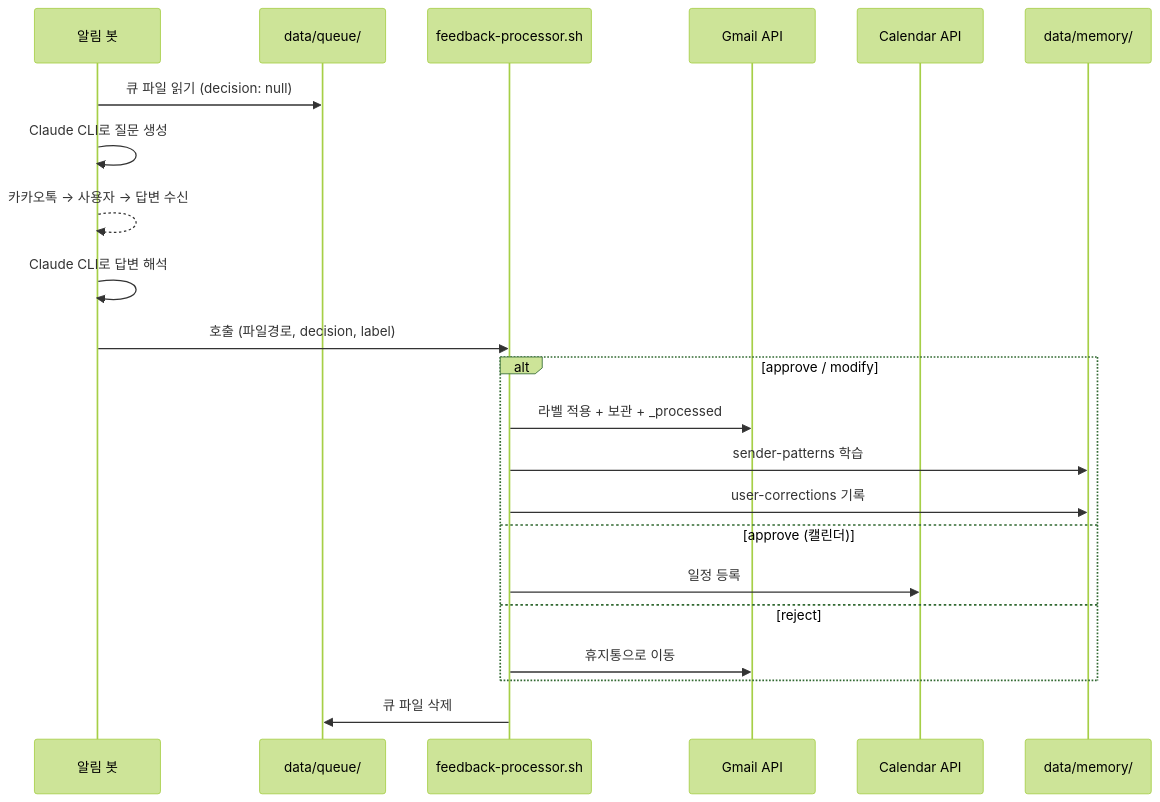
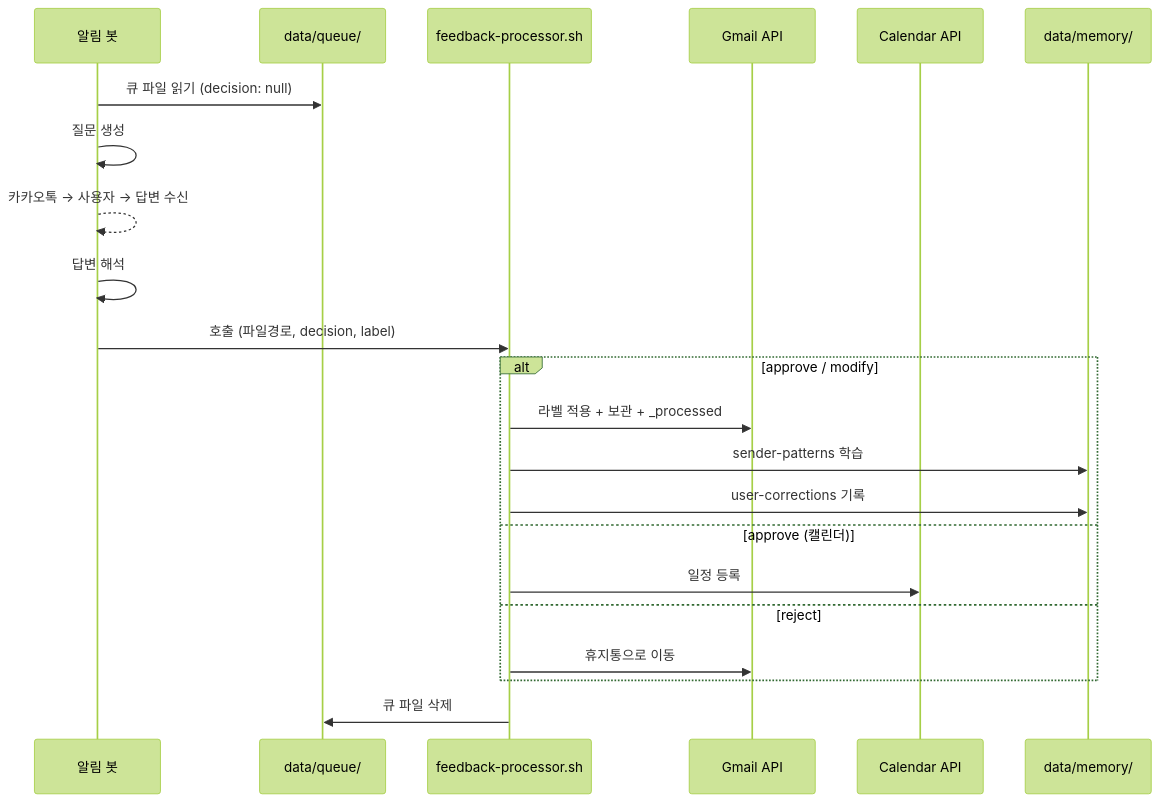
One commit to realcoding2003/gmail-calendar-organizer changed the third of 4 diagrams in docs/architecture.md. Above: the diagram before and after it, drawn with Mermaid (forest theme). The commit also changed other lines of this file and 3 other files, not shown here.

````diff
--- a/docs/architecture.md
+++ b/docs/architecture.md
@@ -108,28 +112,28 @@
 ```mermaid
 sequenceDiagram
     participant Bot as 알림 봇
     participant Queue as data/queue/
     participant FP as feedback-processor.sh
     participant Gmail as Gmail API
     participant Cal as Calendar API
     participant Memory as data/memory/
 
     Bot->>Queue: 큐 파일 읽기 (decision: null)
-    Bot->>Bot: Claude CLI로 질문 생성
+    Bot->>Bot: 질문 생성
     Bot-->>Bot: 카카오톡 → 사용자 → 답변 수신
-    Bot->>Bot: Claude CLI로 답변 해석
+    Bot->>Bot: 답변 해석
 
     Bot->>FP: 호출 (파일경로, decision, label)
 
     alt approve / modify
         FP->>Gmail: 라벨 적용 + 보관 + _processed
         FP->>Memory: sender-patterns 학습
         FP->>Memory: user-corrections 기록
     else approve (캘린더)
         FP->>Cal: 일정 등록
     else reject
         FP->>Gmail: 휴지통으로 이동
     end
 
     FP->>Queue: 큐 파일 삭제
 ```
````
